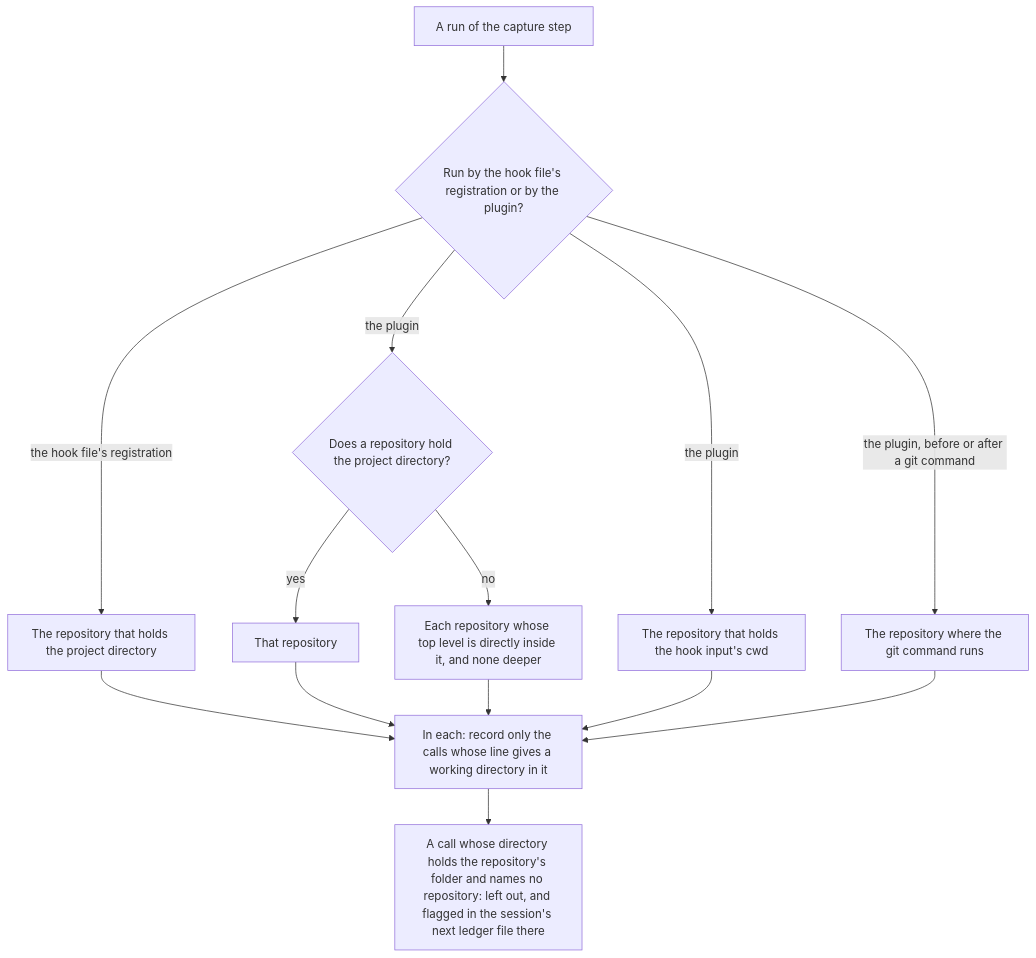
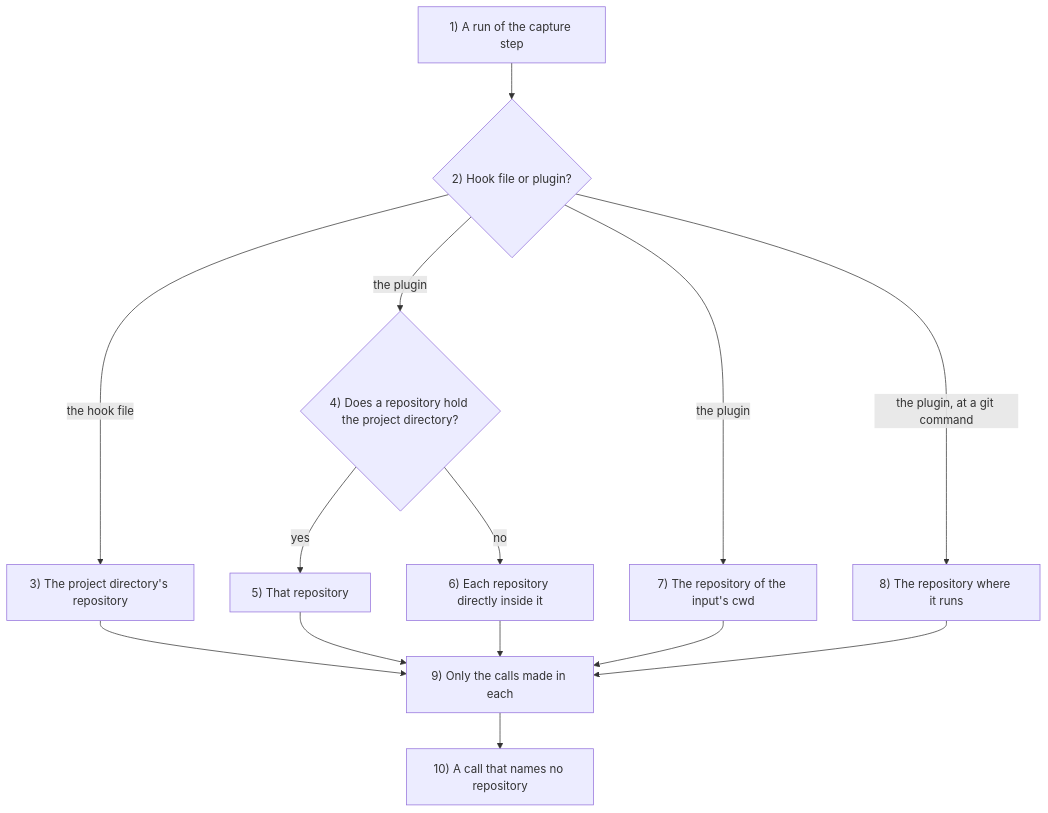
One commit to niko-kotiniemi-oss/agentic-pr-cost-calculator changed the third of 10 diagrams in docs/how-it-works.md. Above: the diagram before and after it, drawn with Mermaid. The commit also changed other lines of this file and 10 other files, not shown here.

First line of the commit message:
Number and explain every diagram, and draw one on each feature page

````diff
--- a/docs/how-it-works.md
+++ b/docs/how-it-works.md
@@ -177,16 +207,16 @@
 ```mermaid
 flowchart TD
-  A[A run of the capture step] --> B{Run by the hook file's registration or by the plugin?}
-  B -->|the hook file's registration| C[The repository that holds the project directory]
-  B -->|the plugin| D{Does a repository hold the project directory?}
-  D -->|yes| E[That repository]
-  D -->|no| F[Each repository whose top level is directly inside it, and none deeper]
-  B -->|the plugin| G[The repository that holds the hook input's cwd]
-  B -->|the plugin, before or after a git command| H[The repository where the git command runs]
-  C --> I[In each: record only the calls whose line gives a working directory in it]
+  A["1) A run of the capture step"] --> B{"2) Hook file or plugin?"}
+  B -->|the hook file| C["3) The project directory's repository"]
+  B -->|the plugin| D{"4) Does a repository hold the project directory?"}
+  D -->|yes| E["5) That repository"]
+  D -->|no| F["6) Each repository directly inside it"]
+  B -->|the plugin| G["7) The repository of the input's cwd"]
+  B -->|the plugin, at a git command| H["8) The repository where it runs"]
+  C --> I["9) Only the calls made in each"]
   E --> I
   F --> I
   G --> I
   H --> I
-  I --> J[A call whose directory holds the repository's folder and names no repository: left out, and flagged in the session's next ledger file there]
+  I --> J["10) A call that names no repository"]
 ```
````
